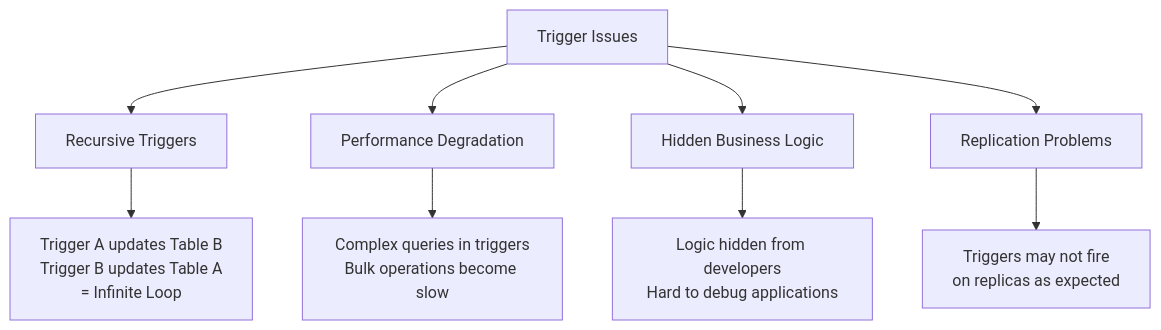
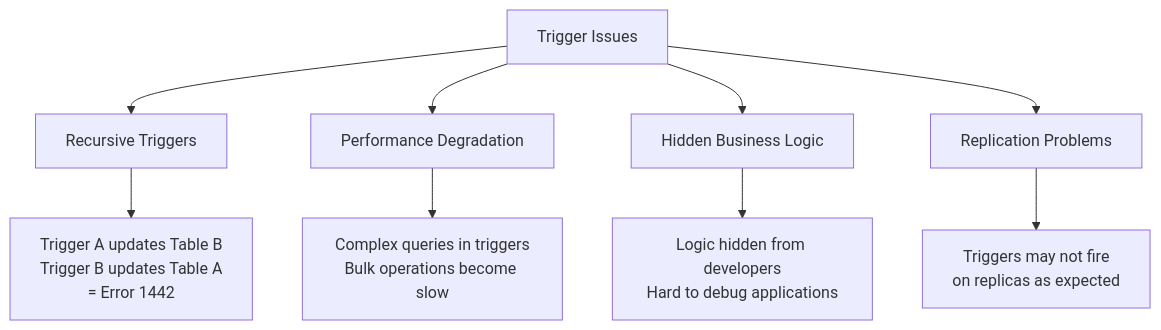
The second of 2 diagrams in posts/2026-01-24-mysql-triggers/README.md (OneUptime/blog), drawn with Mermaid before and after one commit. The commit also changed other lines of this file and 2 other files, not shown here.

````diff
--- a/posts/2026-01-24-mysql-triggers/README.md
+++ b/posts/2026-01-24-mysql-triggers/README.md
@@ -311,12 +325,12 @@
 ```mermaid
 flowchart TD
     A[Trigger Issues] --> B[Recursive Triggers]
     A --> C[Performance Degradation]
     A --> D[Hidden Business Logic]
     A --> E[Replication Problems]
 
-    B --> B1[Trigger A updates Table B<br>Trigger B updates Table A<br>= Infinite Loop]
+    B --> B1[Trigger A updates Table B<br>Trigger B updates Table A<br>= Error 1442]
     C --> C1[Complex queries in triggers<br>Bulk operations become slow]
     D --> D1[Logic hidden from developers<br>Hard to debug applications]
     E --> E1[Triggers may not fire<br>on replicas as expected]
 ```
````
